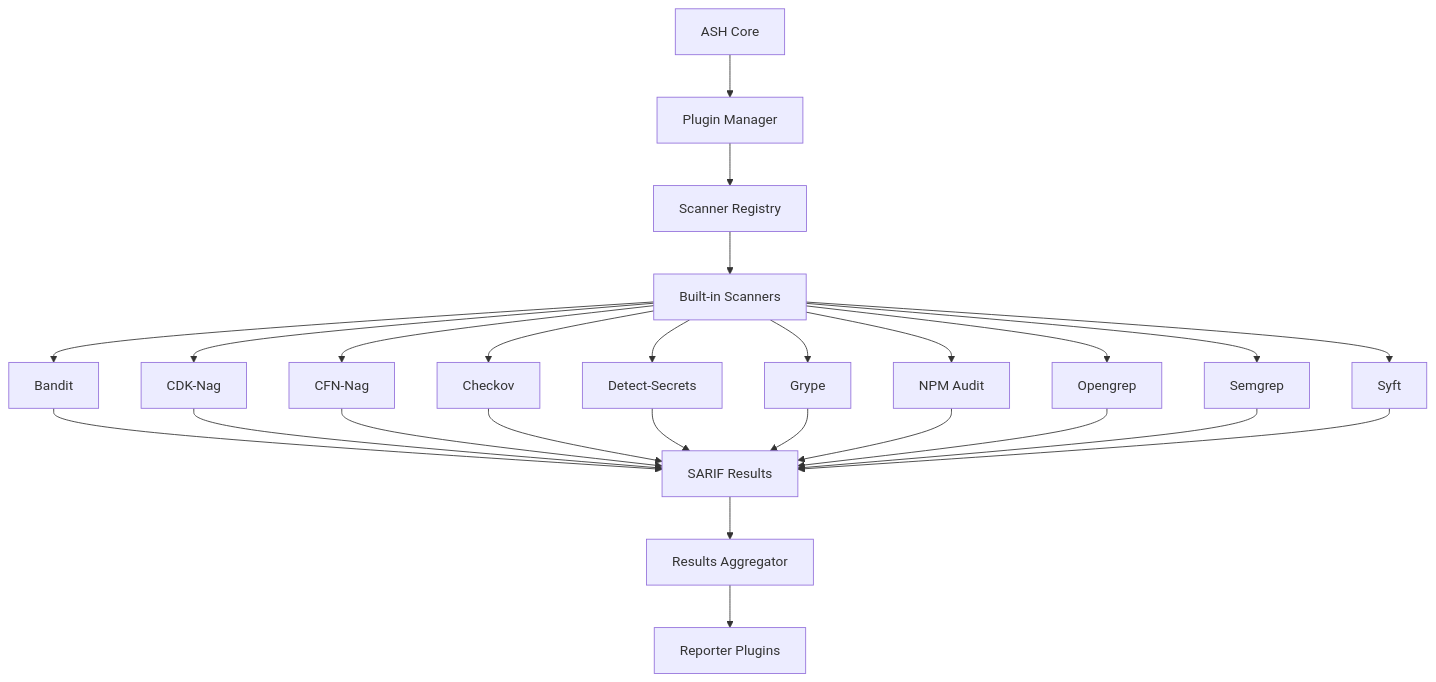
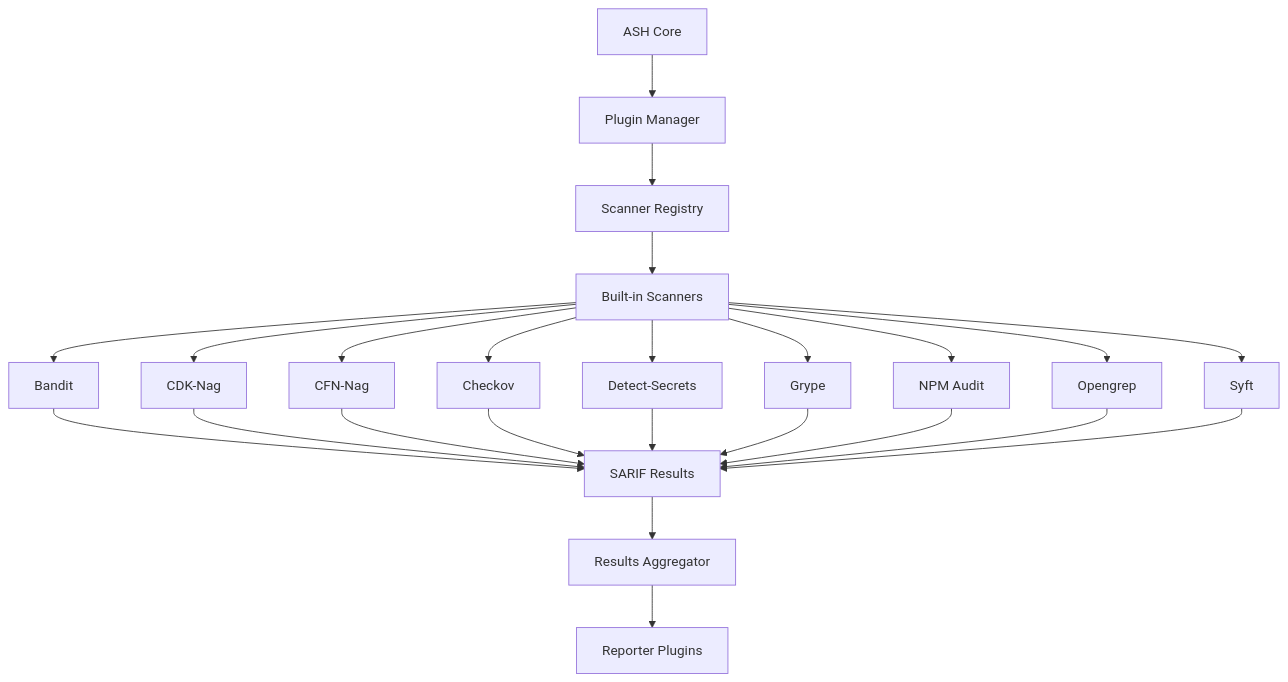
Before and after one commit to awslabs/automated-security-helper: the first of 9 diagrams in docs/content/docs/plugins/builtin/scanners-diagrams.md, drawn with Mermaid. The commit also changed other lines of this file and 74 other files, not shown here.

````diff
--- a/docs/content/docs/plugins/builtin/scanners-diagrams.md
+++ b/docs/content/docs/plugins/builtin/scanners-diagrams.md
@@ -9,32 +9,30 @@
 ```mermaid
 flowchart TD
     A[ASH Core] --> B[Plugin Manager]
     B --> C[Scanner Registry]
 
     C --> D[Built-in Scanners]
 
     D --> E[Bandit]
     D --> F[CDK-Nag]
     D --> G[CFN-Nag]
     D --> H[Checkov]
     D --> I[Detect-Secrets]
     D --> J[Grype]
     D --> K[NPM Audit]
     D --> L[Opengrep]
-    D --> M[Semgrep]
     D --> N[Syft]
 
     E --> O[SARIF Results]
     F --> O
     G --> O
     H --> O
     I --> O
     J --> O
     K --> O
     L --> O
-    M --> O
     N --> O
 
     O --> P[Results Aggregator]
     P --> Q[Reporter Plugins]
 ```
````
